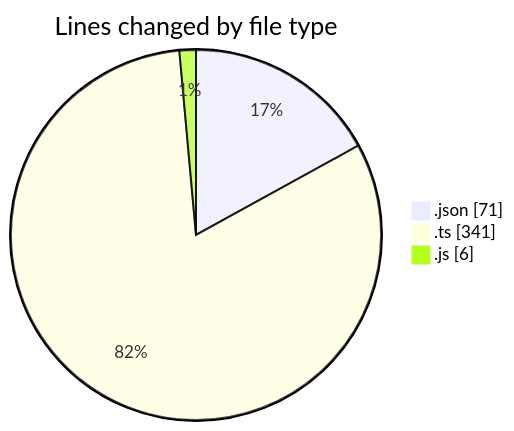
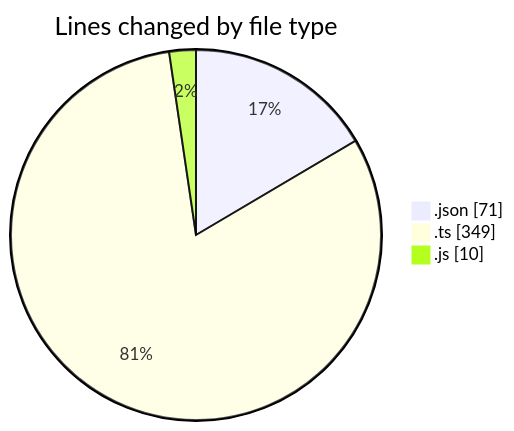
One commit to momahboobian/code-tracking changed the first of 2 diagrams in 2025-02-06/cda/README.md. Above: the diagram before and after it, drawn with Mermaid. The commit also changed other lines of this file and 1 other file, not shown here.

````diff
--- a/2025-02-06/cda/README.md
+++ b/2025-02-06/cda/README.md
@@ -25,7 +25,7 @@
 ```mermaid
 pie showData
 title Lines changed by file type
 ".json" : 71
-".ts" : 341
-".js" : 6
+".ts" : 349
+".js" : 10
 ```
````
